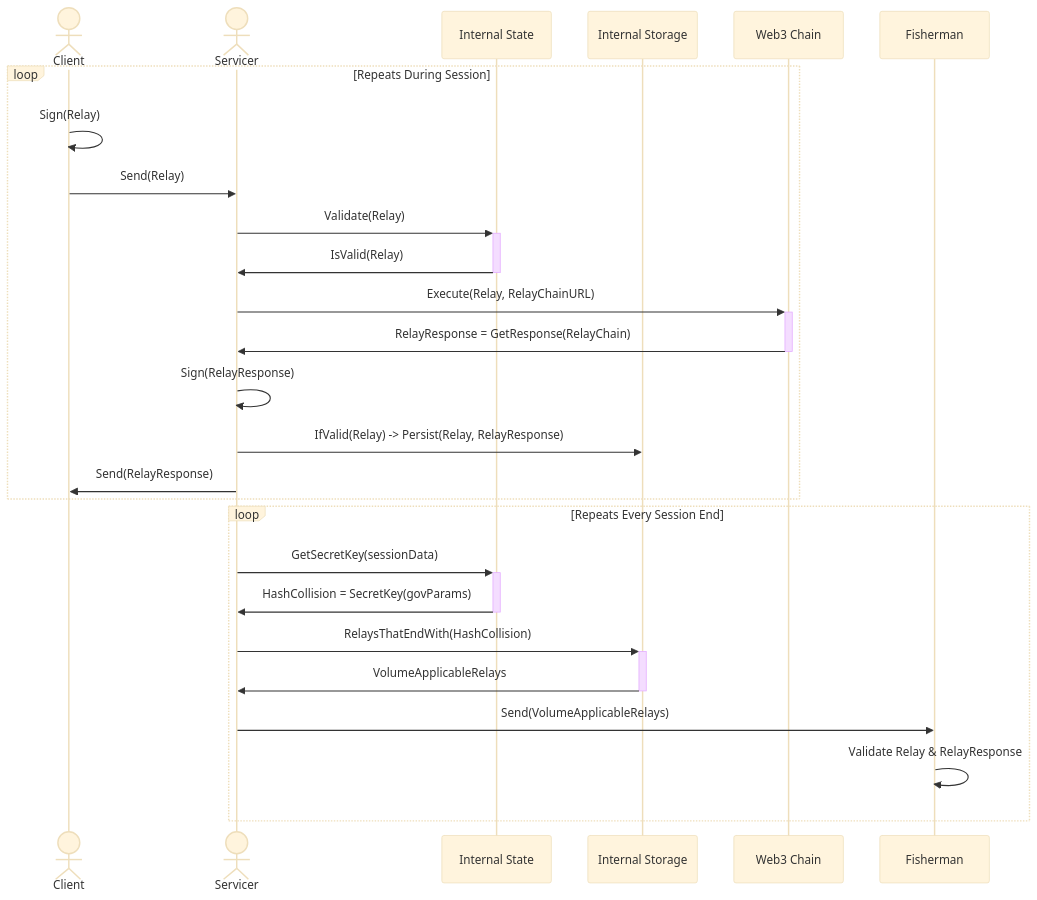
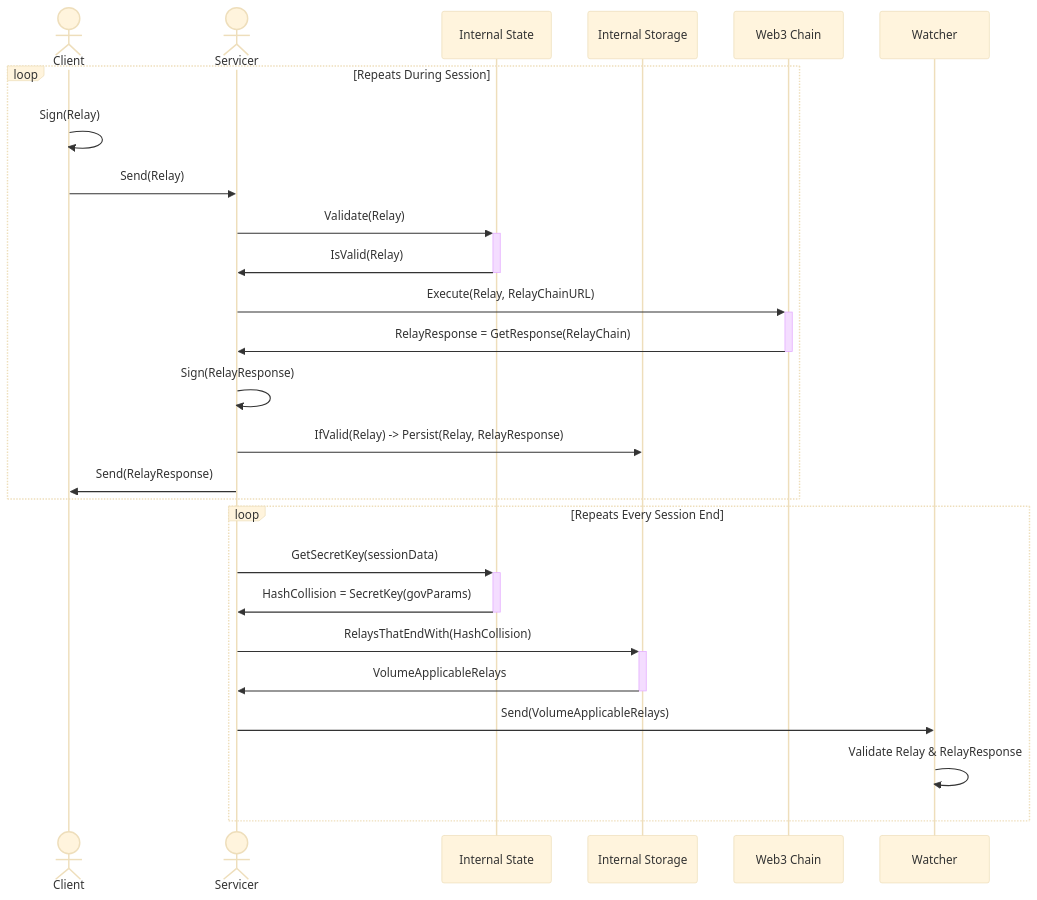
Before and after one commit to pokt-network/pocket-network-protocol: the fourth of 16 diagrams in utility/README.md, drawn with Mermaid (base theme). The commit also changed other lines of this file and 2 other files, not shown here.

Commit message:
Rename all instances of fisherman to watcher

````diff
--- a/utility/README.md
+++ b/utility/README.md
@@ -407,29 +407,29 @@
 ```mermaid
 sequenceDiagram
     actor Client
     actor Servicer
     participant IS as Internal State
     participant ISS as Internal Storage
     participant Chain as Web3 Chain
 
     loop Repeats During Session
       Client ->> Client: Sign(Relay)
       Client ->> Servicer: Send(Relay)
       Servicer ->> +IS: Validate(Relay)
       IS ->> -Servicer: IsValid(Relay)
       Servicer ->> +Chain: Execute(Relay, RelayChainURL)
       Chain ->> -Servicer: RelayResponse = GetResponse(RelayChain)
       Servicer ->> Servicer: Sign(RelayResponse)
       Servicer ->> ISS: IfValid(Relay) -> Persist(Relay, RelayResponse)
       Servicer ->> Client: Send(RelayResponse)
     end
 
     loop Repeats Every Session End
       Servicer ->> +IS: GetSecretKey(sessionData)
       IS ->> -Servicer: HashCollision = SecretKey(govParams)
       Servicer ->> +ISS: RelaysThatEndWith(HashCollision)
       ISS ->> -Servicer: VolumeApplicableRelays
-      Servicer ->> Fisherman: Send(VolumeApplicableRelays)
-      Fisherman ->> Fisherman: Validate Relay & RelayResponse
+      Servicer ->> Watcher: Send(VolumeApplicableRelays)
+      Watcher ->> Watcher: Validate Relay & RelayResponse
     end
 ```
````
